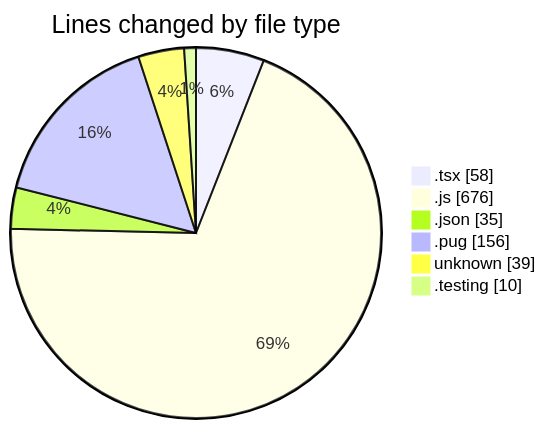
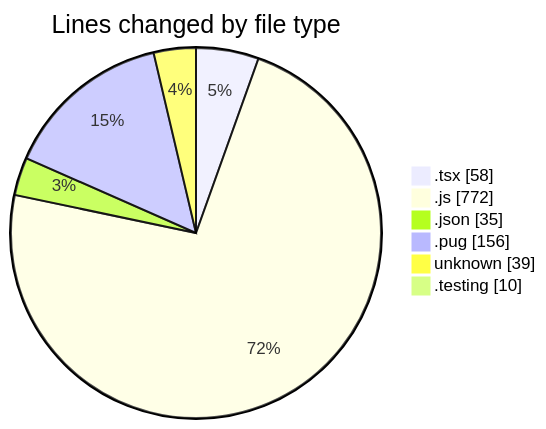
The first of 2 diagrams in 2025-03-07/cda/README.md (momahboobian/code-tracking), drawn with Mermaid before and after one commit. The commit also changed other lines of this file and 1 other file, not shown here.

````diff
--- a/2025-03-07/cda/README.md
+++ b/2025-03-07/cda/README.md
@@ -27,10 +28,10 @@
 ```mermaid
 pie showData
 title Lines changed by file type
 ".tsx" : 58
-".js" : 676
+".js" : 772
 ".json" : 35
 ".pug" : 156
 "unknown" : 39
 ".testing" : 10
 ```
````
